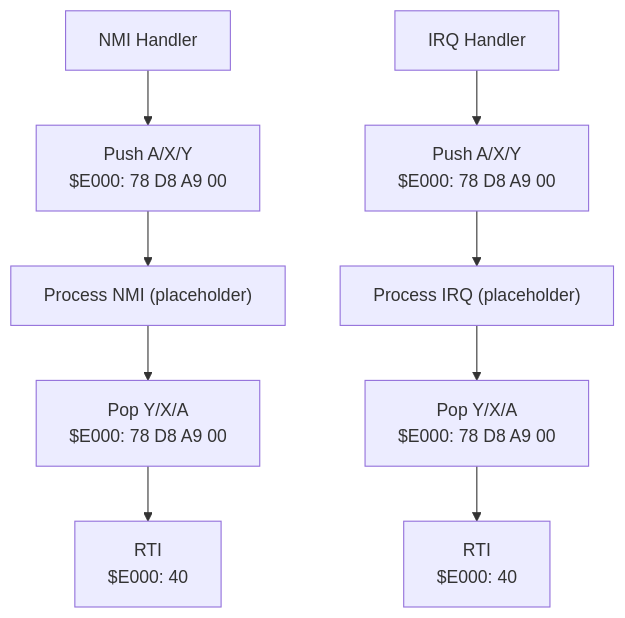
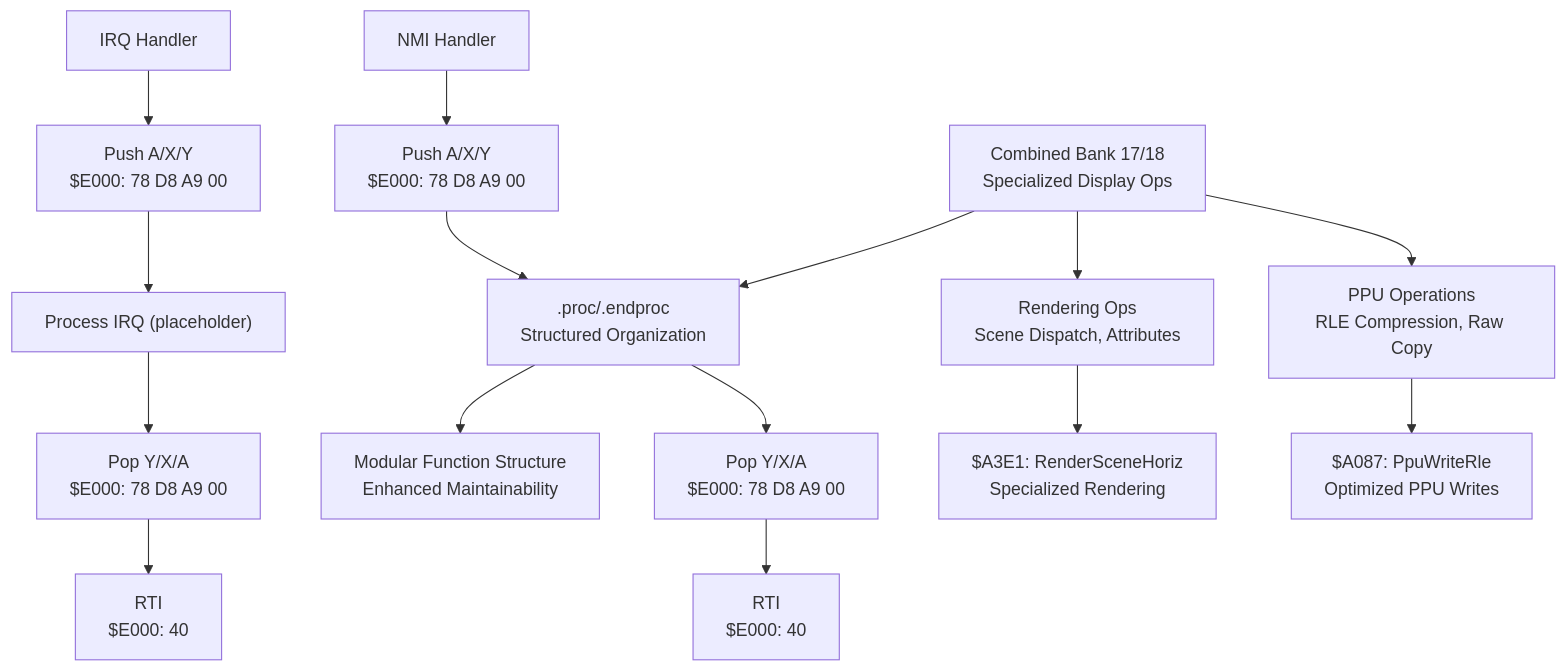
One commit to rabbyzero/sango2dasm changed the eighth of 10 diagrams in .qoder/repowiki/en/content/Assembly Architecture/Assembly Architecture.md. Above: the diagram before and after it, drawn with Mermaid. The commit also changed other lines of this file and 20 other files, not shown here.

````diff
--- a/.qoder/repowiki/en/content/Assembly Architecture/Assembly Architecture.md
+++ b/.qoder/repowiki/en/content/Assembly Architecture/Assembly Architecture.md
@@ -286,11 +366,17 @@
 ```mermaid
 flowchart TD
 NMI["NMI Handler"] --> SAVE["Push A/X/Y<br/>$E000: 78 D8 A9 00"]
 SAVE --> PROC["Process NMI (placeholder)"]
 PROC --> RESTORE["Pop Y/X/A<br/>$E000: 78 D8 A9 00"]
 RESTORE --> RTI["RTI<br/>$E000: 40"]
 IRQ["IRQ Handler"] --> SAVE2["Push A/X/Y<br/>$E000: 78 D8 A9 00"]
 SAVE2 --> PROC2["Process IRQ (placeholder)"]
 PROC2 --> RESTORE2["Pop Y/X/A<br/>$E000: 78 D8 A9 00"]
 RESTORE2 --> RTI2["RTI<br/>$E000: 40"]
+COMBINED["Combined Bank 17/18<br/>Specialized Display Ops"] --> PPUOPS["PPU Operations<br/>RLE Compression, Raw Copy"]
+COMBINED --> RENDEROPS["Rendering Ops<br/>Scene Dispatch, Attributes"]
+COMBINED --> PROC[".proc/.endproc<br/>Structured Organization"]
+PPUOPS --> OPTIMIZED["$A087: PpuWriteRle<br/>Optimized PPU Writes"]
+RENDEROPS --> SPECIALIZED["$A3E1: RenderSceneHoriz<br/>Specialized Rendering"]
+PROC --> MODULAR["Modular Function Structure<br/>Enhanced Maintainability"]
 ```
````
